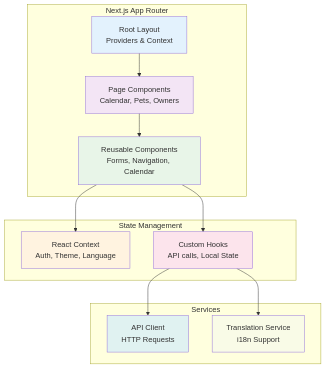
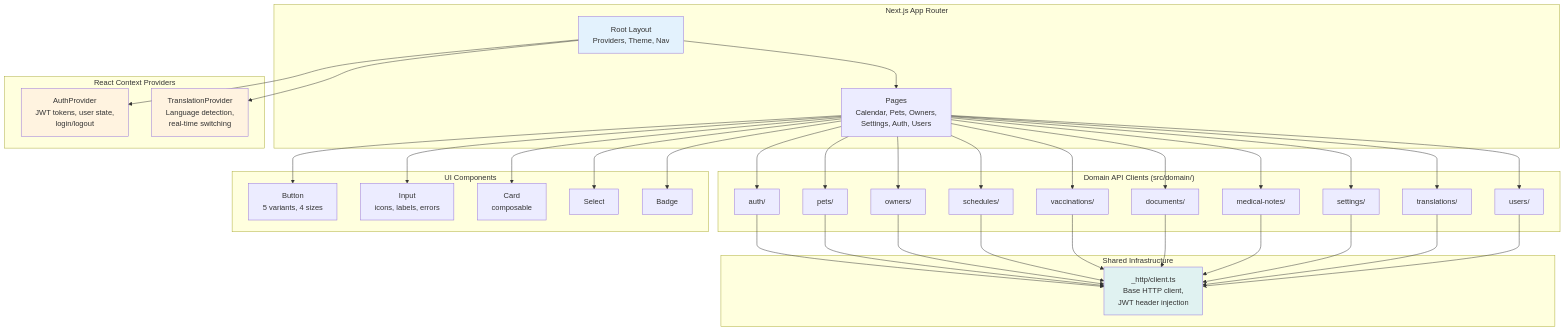
Before and after one commit to maxi3390/happydogs-calendar: the second of 10 diagrams in docs/docs/architecture.md, drawn with Mermaid. The commit also changed other lines of this file and 42 other files, not shown here.

````diff
--- a/docs/docs/architecture.md
+++ b/docs/docs/architecture.md
@@ -43,33 +70,53 @@
 ```mermaid
 graph TB
     subgraph "Next.js App Router"
-        Layout[Root Layout<br/>Providers & Context]
-        Pages[Page Components<br/>Calendar, Pets, Owners]
-        Components[Reusable Components<br/>Forms, Navigation, Calendar]
+        RootLayout["Root Layout<br/>Providers, Theme, Nav"]
+        Pages["Pages<br/>Calendar, Pets, Owners,<br/>Settings, Auth, Users"]
     end
 
-    subgraph "State Management"
-        Context[React Context<br/>Auth, Theme, Language]
-        Hooks[Custom Hooks<br/>API calls, Local State]
+    subgraph "React Context Providers"
+        AuthProvider["AuthProvider<br/>JWT tokens, user state,<br/>login/logout"]
+        TranslationProvider["TranslationProvider<br/>Language detection,<br/>real-time switching"]
     end
 
-    subgraph "Services"
-        APIClient[API Client<br/>HTTP Requests]
-        Translation[Translation Service<br/>i18n Support]
+    subgraph "Domain API Clients (src/domain/)"
+        AuthAPI["auth/"]
+        PetsAPI["pets/"]
+        OwnersAPI["owners/"]
+        SchedulesAPI["schedules/"]
+        VaccinationsAPI["vaccinations/"]
+        DocumentsAPI["documents/"]
+        MedicalNotesAPI["medical-notes/"]
+        SettingsAPI["settings/"]
+        TranslationsAPI["translations/"]
+        UsersAPI["users/"]
     end
 
-    Layout --> Pages
-    Pages --> Components
-    Components --> Context
-    Components --> Hooks
-    Hooks --> APIClient
-    Hooks --> Translation
+    subgraph "Shared Infrastructure"
+        HttpClient["_http/client.ts<br/>Base HTTP client,<br/>JWT header injection"]
+    end
 
-    style Layout fill:#e3f2fd
-    style Pages fill:#f3e5f5
-    style Components fill:#e8f5e8
-    style Context fill:#fff3e0
-    style Hooks fill:#fce4ec
-    style APIClient fill:#e0f2f1
-    style Translation fill:#f9fbe7
+    subgraph "UI Components"
+        Button["Button<br/>5 variants, 4 sizes"]
+        Input["Input<br/>icons, labels, errors"]
+        Card["Card<br/>composable"]
+        Select["Select"]
+        Badge["Badge"]
+    end
+
+    RootLayout --> AuthProvider
+    RootLayout --> TranslationProvider
+    RootLayout --> Pages
+    Pages --> AuthAPI & PetsAPI & OwnersAPI & SchedulesAPI
+    Pages --> VaccinationsAPI & DocumentsAPI & MedicalNotesAPI
+    Pages --> SettingsAPI & TranslationsAPI & UsersAPI
+    AuthAPI & PetsAPI & OwnersAPI & SchedulesAPI --> HttpClient
+    VaccinationsAPI & DocumentsAPI & MedicalNotesAPI --> HttpClient
+    SettingsAPI & TranslationsAPI & UsersAPI --> HttpClient
+    Pages --> Button & Input & Card & Select & Badge
+
+    style RootLayout fill:#e3f2fd
+    style AuthProvider fill:#fff3e0
+    style TranslationProvider fill:#fff3e0
+    style HttpClient fill:#e0f2f1
 ```
````
